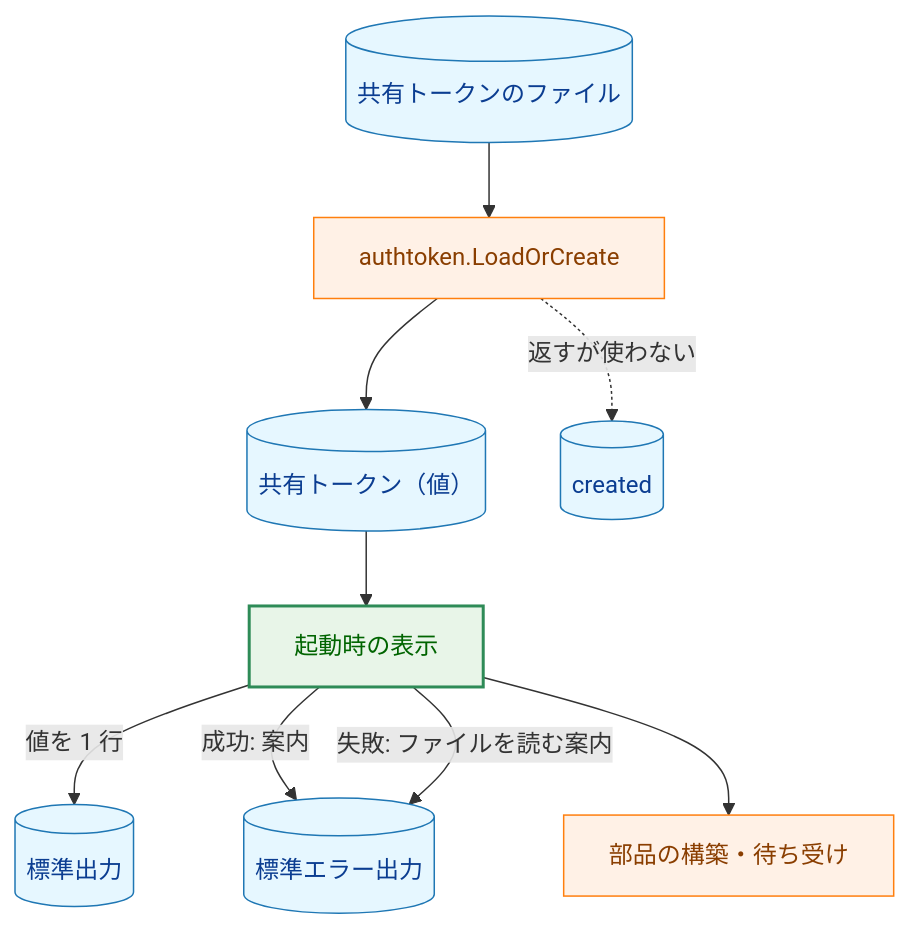
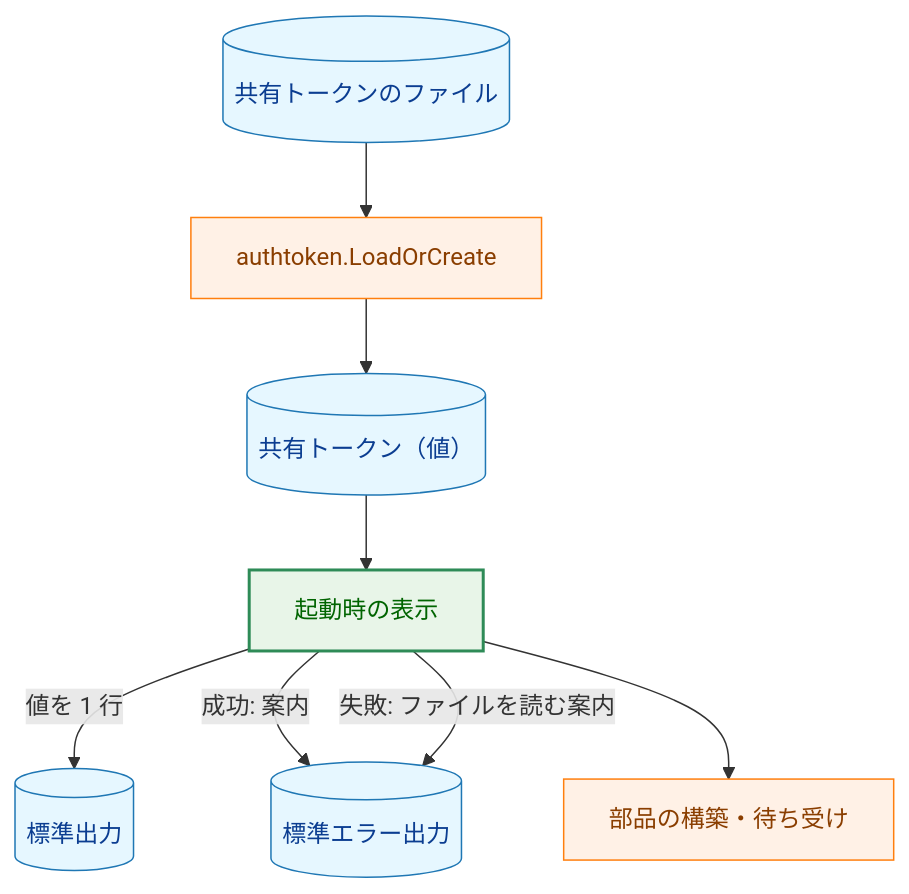
One commit to isseis/yt2column changed the first of 9 diagrams in docs/tasks/0021_shared_token_display/02_architecture.md. Above: the diagram before and after it, drawn with Mermaid. The commit also changed other lines of this file and 1 other file, not shown here.

First line of the commit message:
docs(0021): drop created from LoadOrCreate and ignore SIGPIPE in the plan

````diff
--- a/docs/tasks/0021_shared_token_display/02_architecture.md
+++ b/docs/tasks/0021_shared_token_display/02_architecture.md
@@ -39,28 +39,26 @@
 ```mermaid
 flowchart TB
     classDef data fill:#e6f7ff,stroke:#1f77b4,stroke-width:1px,color:#0b3d91;
     classDef process fill:#fff1e6,stroke:#ff7f0e,stroke-width:1px,color:#8a3e00;
     classDef enhanced fill:#e8f5e8,stroke:#2e8b57,stroke-width:2px,color:#006400;
 
     TOKFILE[("共有トークンのファイル")]
     LOAD["authtoken.LoadOrCreate"]
     TOKEN[("共有トークン（値）")]
-    CREATED[("created")]
     DISPLAY["起動時の表示"]
     STDOUT[("標準出力")]
     STDERR[("標準エラー出力")]
     SERVE["部品の構築・待ち受け"]
 
     TOKFILE --> LOAD
     LOAD --> TOKEN
-    LOAD -.->|"返すが使わない"| CREATED
     TOKEN --> DISPLAY
     DISPLAY -->|"値を 1 行"| STDOUT
     DISPLAY -->|"成功: 案内"| STDERR
     DISPLAY -->|"失敗: ファイルを読む案内"| STDERR
     DISPLAY --> SERVE
 
-    class TOKFILE,TOKEN,CREATED,STDOUT,STDERR data
+    class TOKFILE,TOKEN,STDOUT,STDERR data
     class LOAD,SERVE process
     class DISPLAY enhanced
 ```
````
